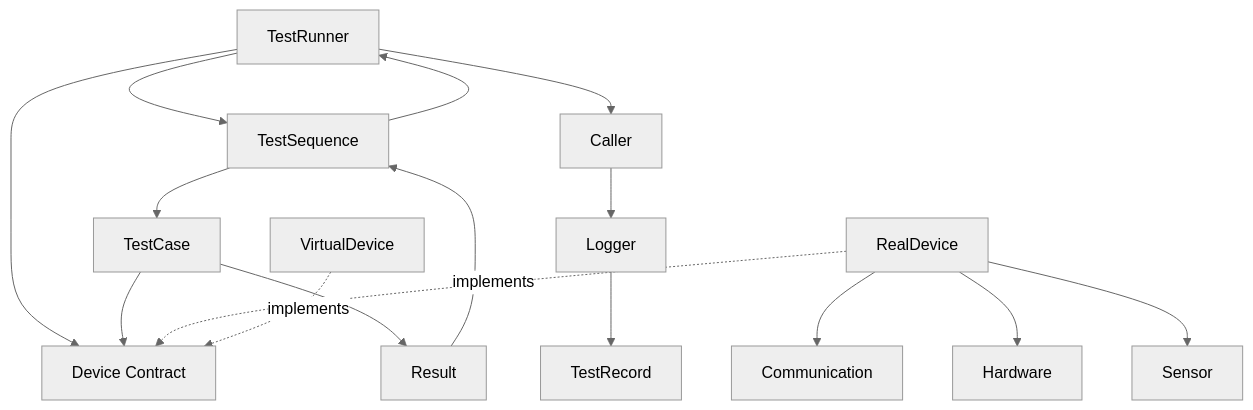
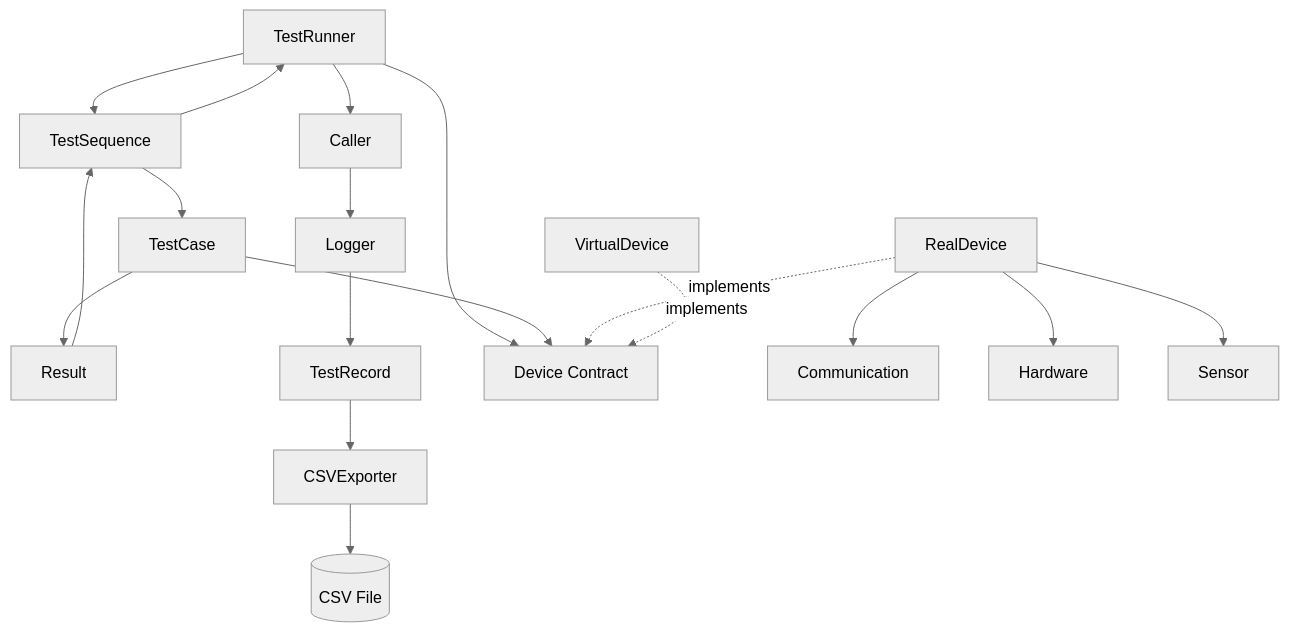
One commit to chengyeyang/hybrid-reliability-lab changed the first of 2 diagrams in docs/architecture.md. Above: the diagram before and after it, drawn with Mermaid (neutral theme). The commit also changed other lines of this file and 2 other files, not shown here.

First line of the commit message:
CSV Test Data Export. Close #14

````diff
--- a/docs/architecture.md
+++ b/docs/architecture.md
@@ -101,35 +110,39 @@
 ```mermaid
 flowchart TD
     TR[TestRunner]
     TS[TestSequence]
     TC[TestCase]
     RES[Result]
     CALLER[Caller]
     LOG[Logger]
     TREC[TestRecord]
+    EXP[CSVExporter]
+    CSV[(CSV File)]
     DEV[Device Contract]
     REAL[RealDevice]
     VIRTUAL[VirtualDevice]
     COM[Communication]
     HW[Hardware]
     SEN[Sensor]
 
     TR --> TS
     TR --> DEV
     TS --> TC
     TC --> DEV
 
     TC --> RES
     RES --> TS
     TS --> TR
     TR --> CALLER
     CALLER --> LOG
     LOG --> TREC
+    TREC --> EXP
+    EXP --> CSV
 
     REAL -. implements .-> DEV
     VIRTUAL -. implements .-> DEV
 
     REAL --> COM
     REAL --> HW
     REAL --> SEN
 ```
````
